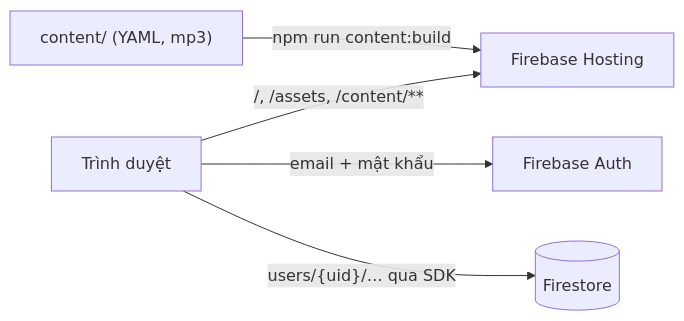
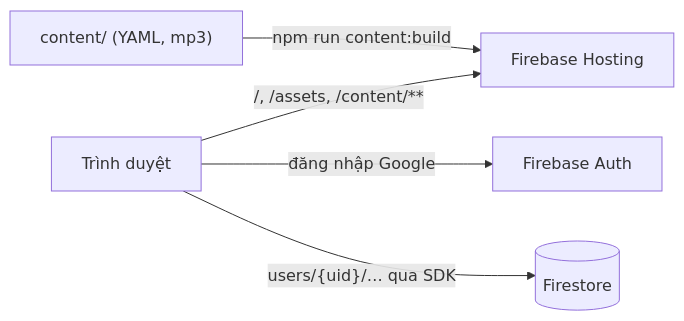
One commit to robinvh85/daily-learning changed the diagram in .claude/plans/firebase-deploy-plan.md. Above: the diagram before and after it, drawn with Mermaid. The commit also changed other lines of this file and 19 other files, not shown here.

First line of the commit message:
feat(auth): sign in with Google instead of email and password

````diff
--- a/.claude/plans/firebase-deploy-plan.md
+++ b/.claude/plans/firebase-deploy-plan.md
@@ -21,7 +21,7 @@
 ```mermaid
 flowchart LR
   B[Trình duyệt] -->|"/, /assets, /content/**"| H[Firebase Hosting]
-  B -->|"email + mật khẩu"| A[Firebase Auth]
+  B -->|"đăng nhập Google"| A[Firebase Auth]
   B -->|"users/{uid}/… qua SDK"| F[(Firestore)]
   C["content/ (YAML, mp3)"] -->|"npm run content:build"| H
 ```
````
